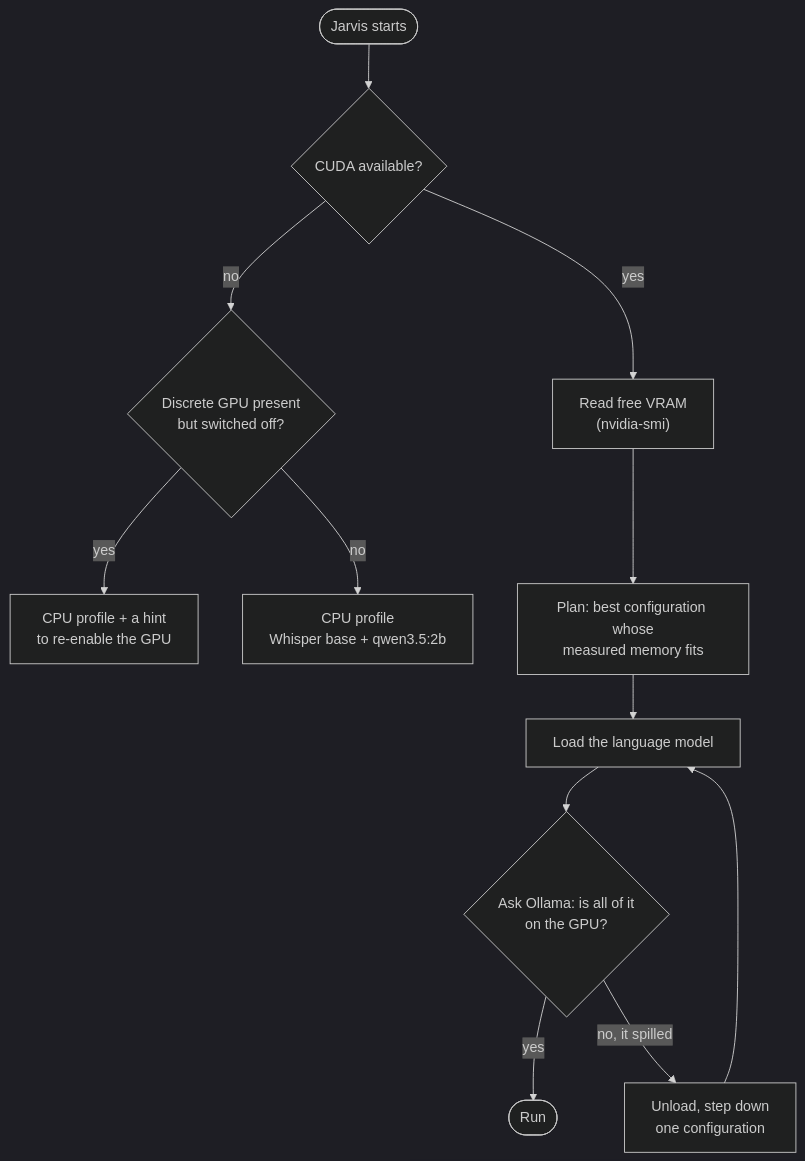
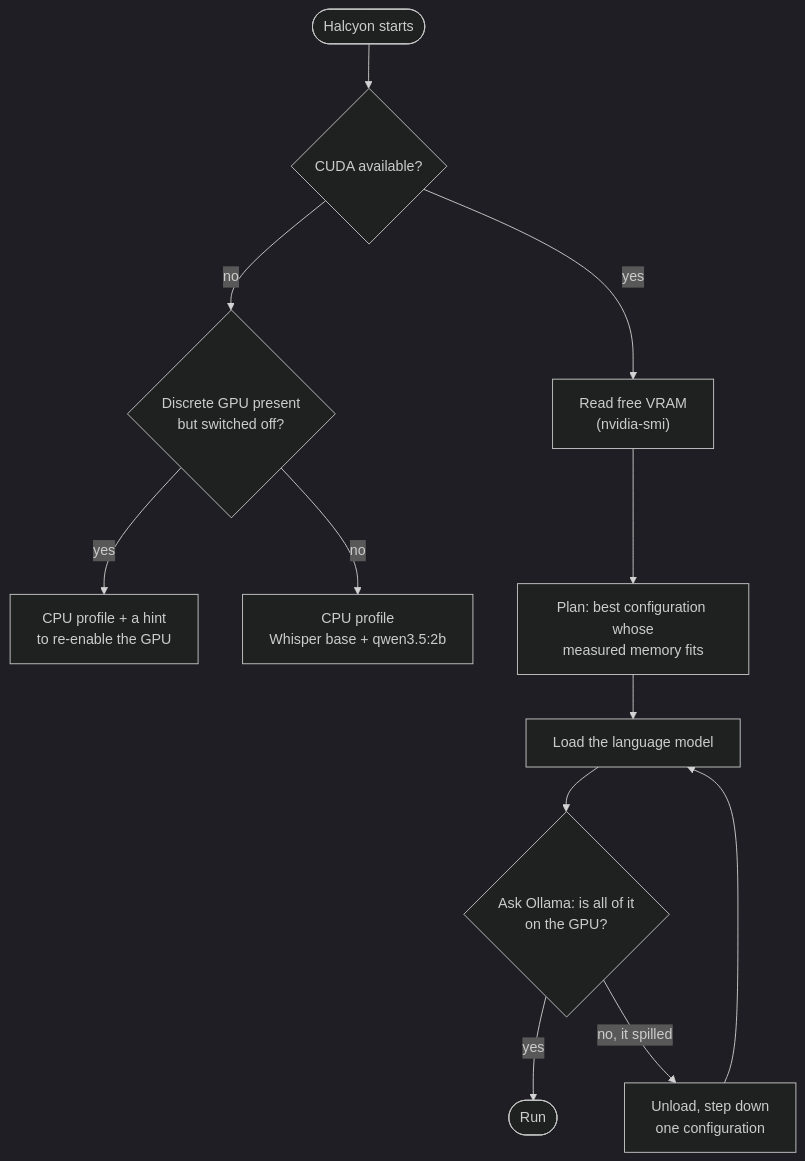
The second of 2 diagrams in README.md (SuleymanKilincc/Halcyon), drawn with Mermaid (dark theme) before and after one commit. The commit also changed other lines of this file and 43 other files, not shown here.

````diff
--- a/README.md
+++ b/README.md
@@ -60,14 +62,14 @@
 ```mermaid
 flowchart TD
-    START([Jarvis starts]) --> CUDA{CUDA available?}
+    START([Halcyon starts]) --> CUDA{CUDA available?}
     CUDA -- no --> OFF{"Discrete GPU present<br/>but switched off?"}
     OFF -- yes --> WARN["CPU profile + a hint<br/>to re-enable the GPU"]
     OFF -- no --> BAT["CPU profile<br/>Whisper base + qwen3.5:2b"]
     CUDA -- yes --> FREE["Read free VRAM<br/>(nvidia-smi)"]
     FREE --> PLAN["Plan: best configuration whose<br/>measured memory fits"]
     PLAN --> LOAD["Load the language model"]
     LOAD --> ASK{"Ask Ollama: is all of it<br/>on the GPU?"}
     ASK -- yes --> RUN([Run])
     ASK -- "no, it spilled" --> DOWN["Unload, step down<br/>one configuration"]
     DOWN --> LOAD
 ```
````
